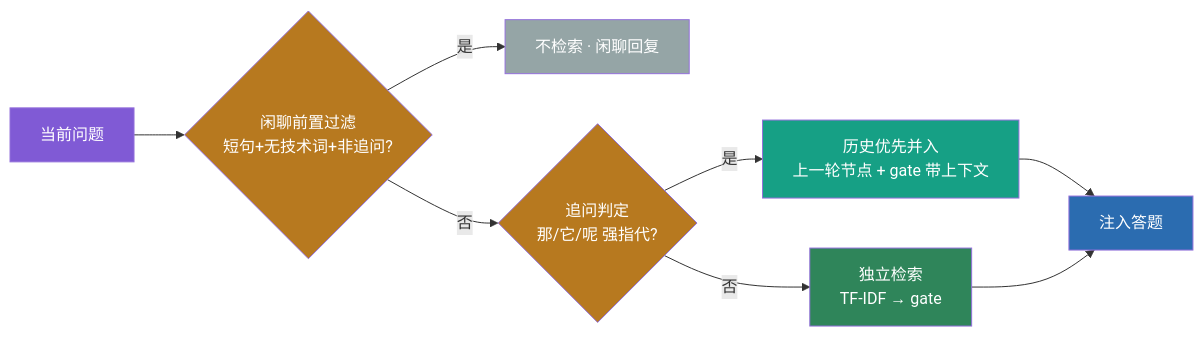
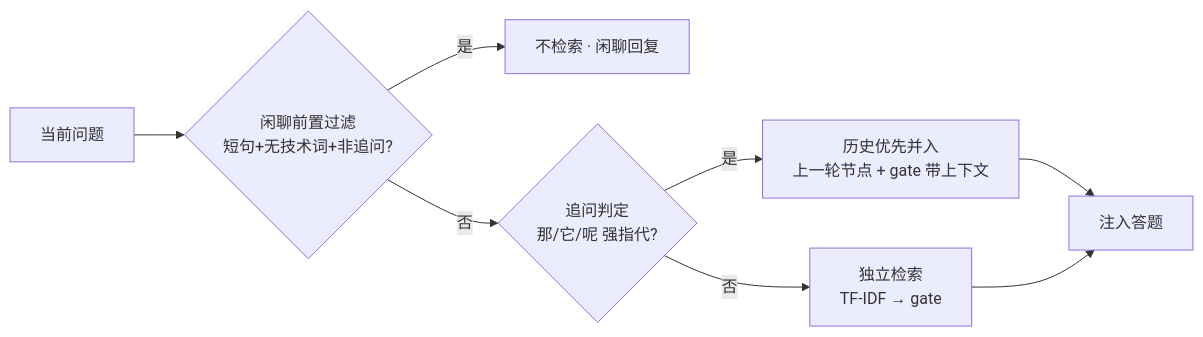
One commit to Baixiaodou/comm-knowledge-graph changed the tenth of 12 diagrams in README.md. Above: the diagram before and after it, drawn with Mermaid. The commit also changed other lines of this file, not shown here.

Commit message:
docs: 重组 README 结构（目录置顶、快速开始前移、重复章节合并、大图收进折叠块）

````diff
--- a/README.md
+++ b/README.md
@@ -622,17 +542,10 @@
 ```mermaid
 flowchart LR
     Q["当前问题"] --> F{"闲聊前置过滤<br/>短句+无技术词+非追问?"}
     F -->|是| S["不检索 · 闲聊回复"]
     F -->|否| H{"追问判定<br/>那/它/呢 强指代?"}
     H -->|否| N["独立检索<br/>TF-IDF → gate"]
     H -->|是| M["历史优先并入<br/>上一轮节点 + gate 带上下文"]
     M --> G["注入答题"]
     N --> G
-    style Q fill:#805ad5,color:#fff
-    style F fill:#b7791f,color:#fff
-    style H fill:#b7791f,color:#fff
-    style M fill:#16a085,color:#fff
-    style N fill:#2f855a,color:#fff
-    style G fill:#2b6cb0,color:#fff
-    style S fill:#95a5a6,color:#fff
 ```
````
